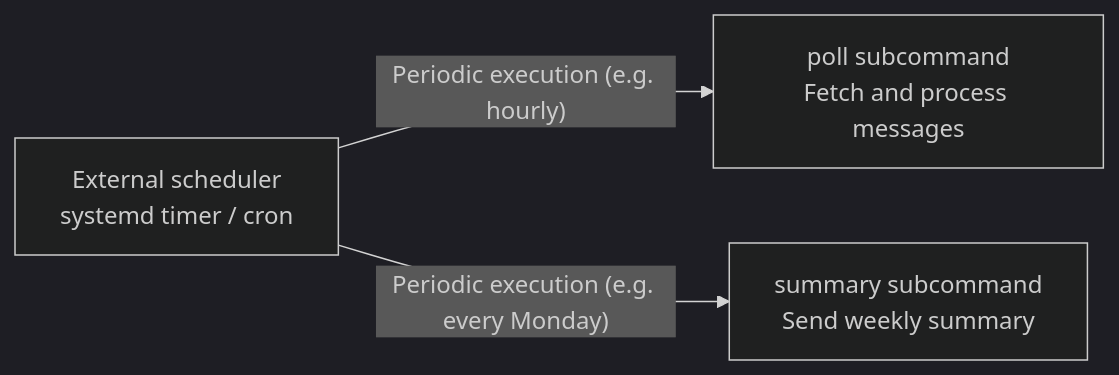
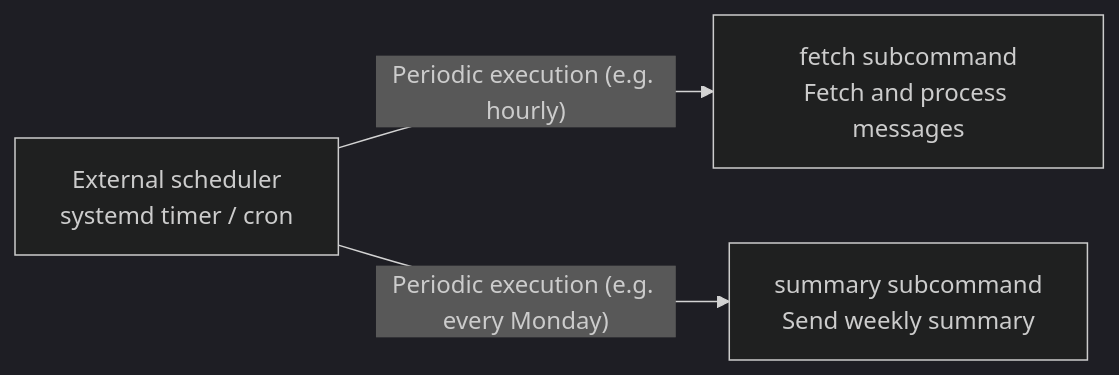
Before and after one commit to isseis/tlsrpt-digest: the second of 2 diagrams in docs/overview.md, drawn with Mermaid (dark theme). The commit also changed other lines of this file and 2 other files, not shown here.

Commit message:
docs(0070): rename task and subcommand to reflect one-shot execution model
- Rename task directory: 0070_main_loop → 0070_entrypoint
  (the task defines an entrypoint with subcommands, not a main loop)
- Rename subcommand: poll → fetch
  (cron/systemd triggers execution; the command fetches emails once
  and exits — "poll" implies continuous polling which no longer applies)
- Rename flag: --refetch-since → --since (shorter, natural with fetch)
- Update all references in 0070 requirements, overview.ja.md, overview.md

````diff
--- a/docs/overview.md
+++ b/docs/overview.md
@@ -50,9 +50,9 @@
 ```mermaid
 flowchart LR
     S["External scheduler<br>systemd timer / cron"]
-    Poll["poll subcommand<br>Fetch and process messages"]
+    Poll["fetch subcommand<br>Fetch and process messages"]
     Summary["summary subcommand<br>Send weekly summary"]
 
     S -->|"Periodic execution (e.g. hourly)"| Poll
     S -->|"Periodic execution (e.g. every Monday)"| Summary
 ```
````
